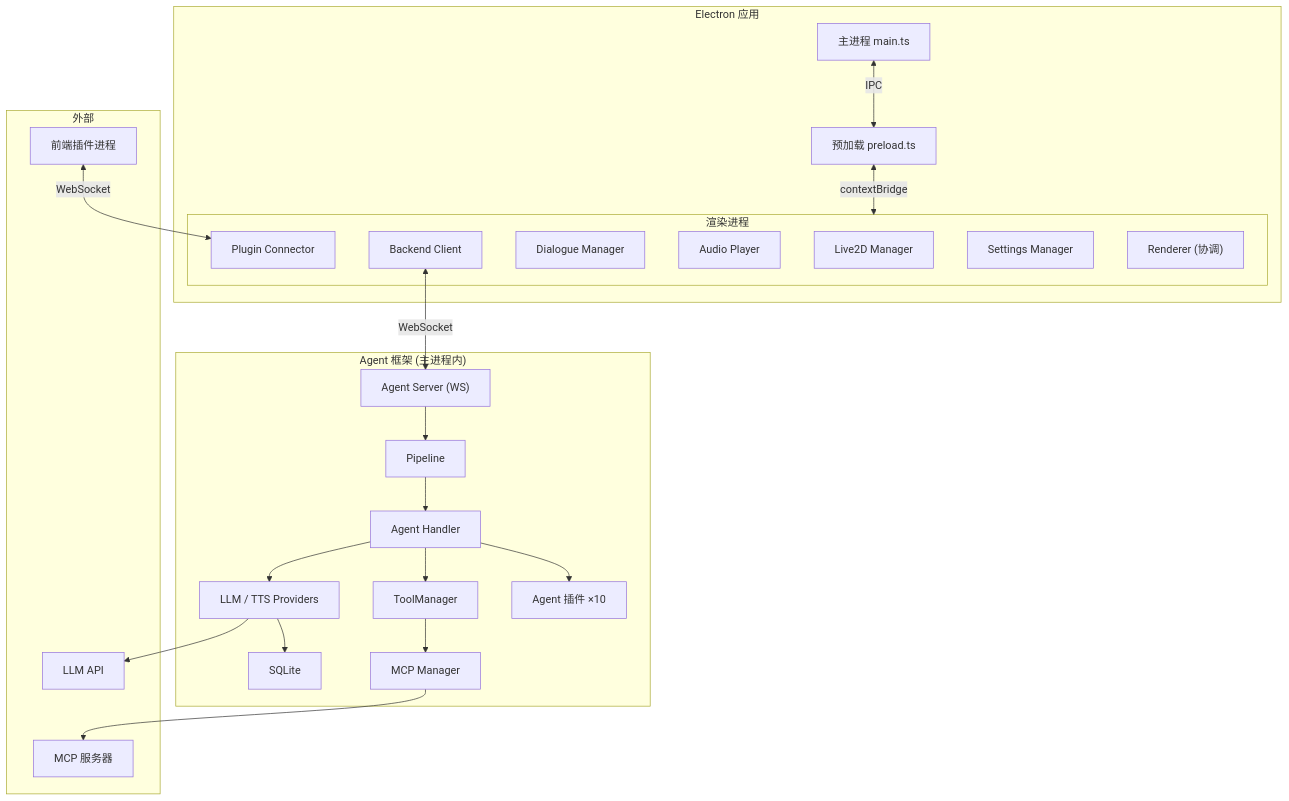
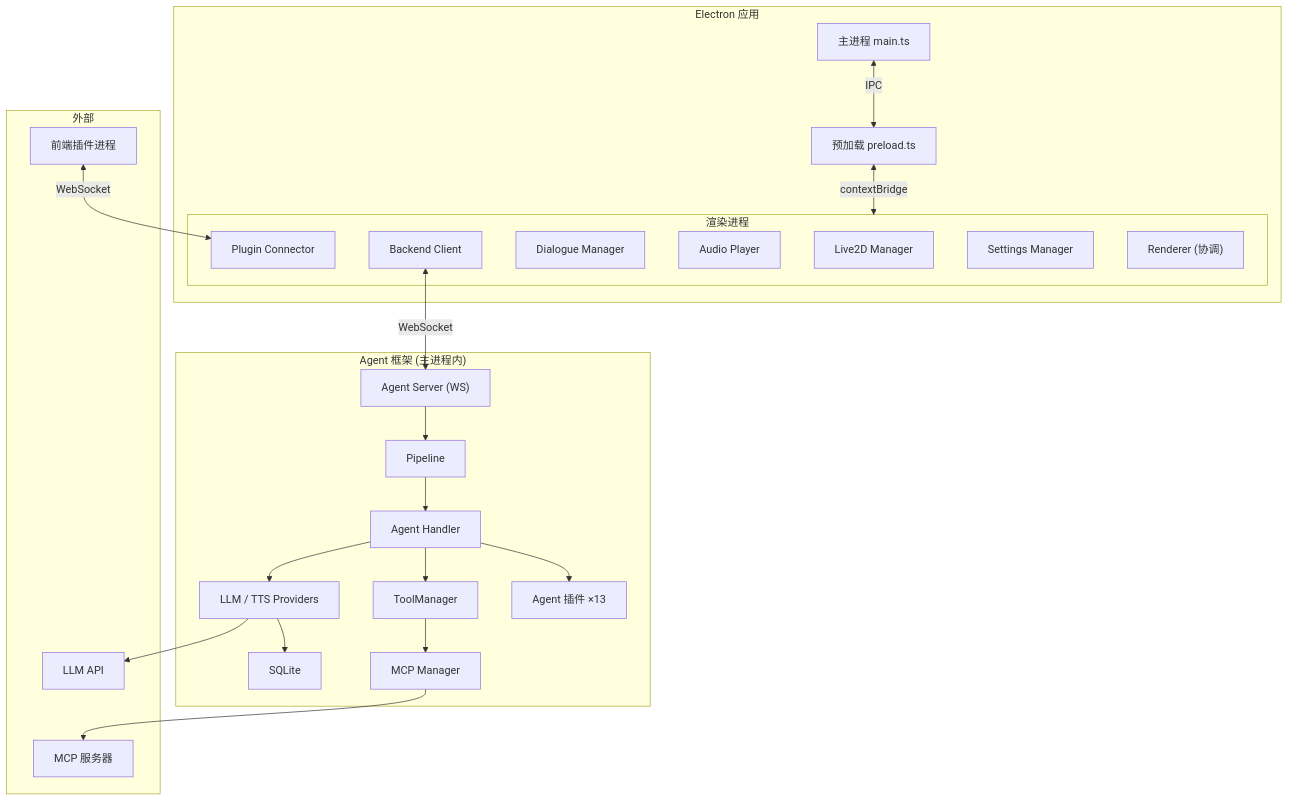
Before and after one commit to gameswu/NyaDeskPet: the diagram in assets/docs/DEVELOPMENT.md, drawn with Mermaid. The commit also changed other lines of this file and 64 other files, not shown here.

````diff
--- a/assets/docs/DEVELOPMENT.md
+++ b/assets/docs/DEVELOPMENT.md
@@ -47,47 +21,47 @@
 ```mermaid
 graph TB
     subgraph Electron["Electron 应用"]
         Main["主进程 main.ts"]
         Preload["预加载 preload.ts"]
         subgraph Renderer["渲染进程"]
             Live2D["Live2D Manager"]
             BackendClient["Backend Client"]
             Dialogue["Dialogue Manager"]
             Audio["Audio Player"]
             PluginConn["Plugin Connector"]
             Settings["Settings Manager"]
             UI["Renderer (协调)"]
         end
     end
 
     subgraph AgentFramework["Agent 框架 (主进程内)"]
         AgentServer["Agent Server (WS)"]
         Pipeline["Pipeline"]
         Handler["Agent Handler"]
         Providers["LLM / TTS Providers"]
         Tools["ToolManager"]
         MCP["MCP Manager"]
-        AgentPlugins["Agent 插件 ×10"]
+        AgentPlugins["Agent 插件 ×13"]
         DB["SQLite"]
     end
 
     subgraph External["外部"]
         FPlugins["前端插件进程"]
         MCPServer["MCP 服务器"]
         LLMAPI["LLM API"]
     end
 
     Main <-->|IPC| Preload
     Preload <-->|contextBridge| Renderer
     BackendClient <-->|WebSocket| AgentServer
     AgentServer --> Pipeline
     Pipeline --> Handler
     Handler --> Providers
     Handler --> Tools
     Tools --> MCP
     Providers --> LLMAPI
     MCP --> MCPServer
     Handler --> AgentPlugins
     Providers --> DB
     FPlugins <-->|WebSocket| PluginConn
 ```
````
